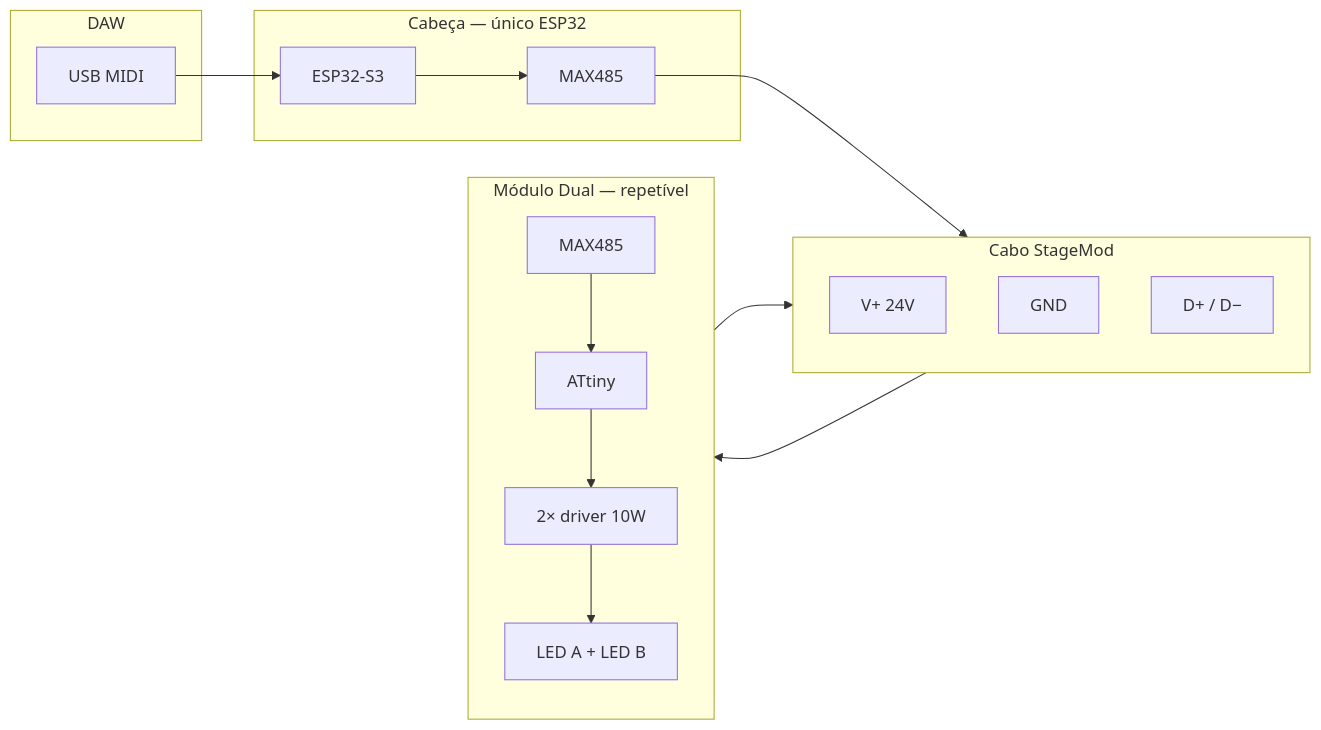
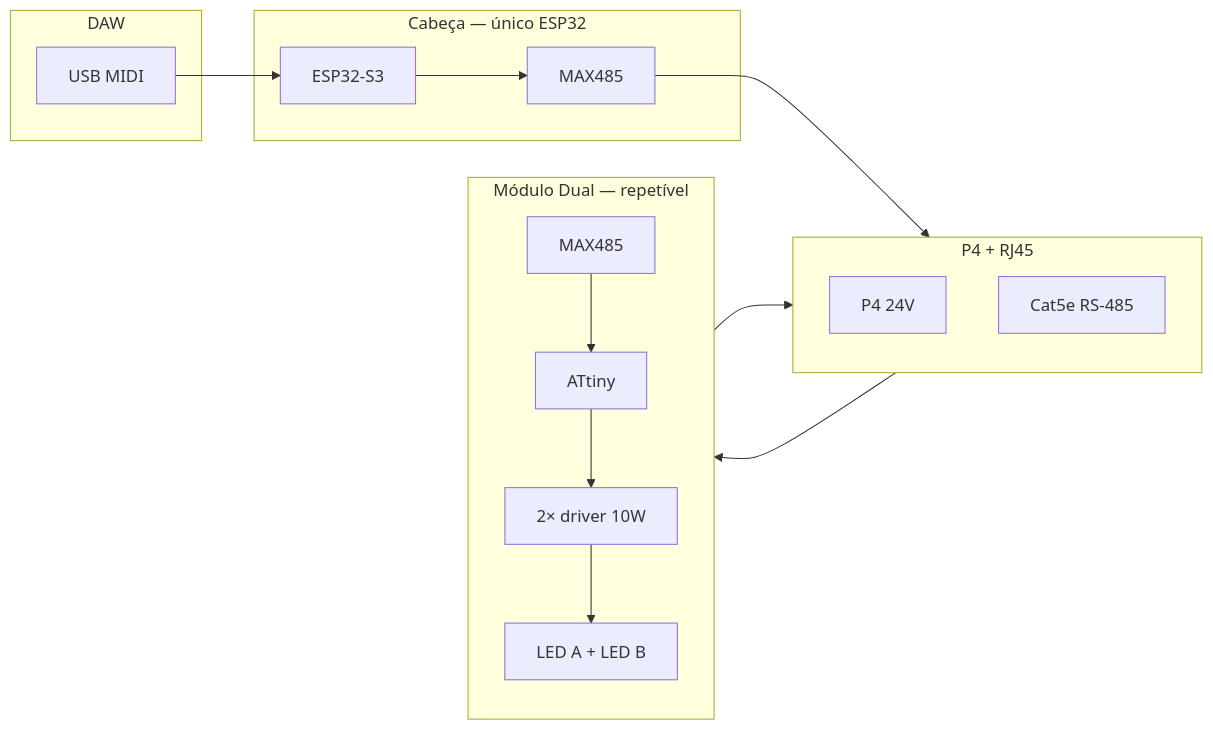
Before and after one commit to andreysenes/light: the diagram in docs/01-ARQUITETURA-MODULAR.md, drawn with Mermaid. The commit also changed other lines of this file and 13 other files, not shown here.

````diff
--- a/docs/01-ARQUITETURA-MODULAR.md
+++ b/docs/01-ARQUITETURA-MODULAR.md
@@ -15,31 +15,30 @@
 ```mermaid
 flowchart LR
     subgraph daw [DAW]
         MIDI[USB MIDI]
     end
 
     subgraph head [Cabeça — único ESP32]
         ESP[ESP32-S3]
         RS_M[MAX485]
         ESP --> RS_M
     end
 
-    subgraph cable [Cabo StageMod]
-        V24[V+ 24V]
-        GND[GND]
-        DP[D+ / D−]
+    subgraph cable [P4 + RJ45]
+        V24[P4 24V]
+        DP[Cat5e RS-485]
     end
 
     subgraph mod [Módulo Dual — repetível]
         RS_S[MAX485]
         MCU[ATtiny]
         DRV[2× driver 10W]
         LED[LED A + LED B]
         RS_S --> MCU --> DRV --> LED
     end
 
     MIDI --> ESP
     RS_M --> cable
     cable --> mod
     mod --> cable
 ```
````
